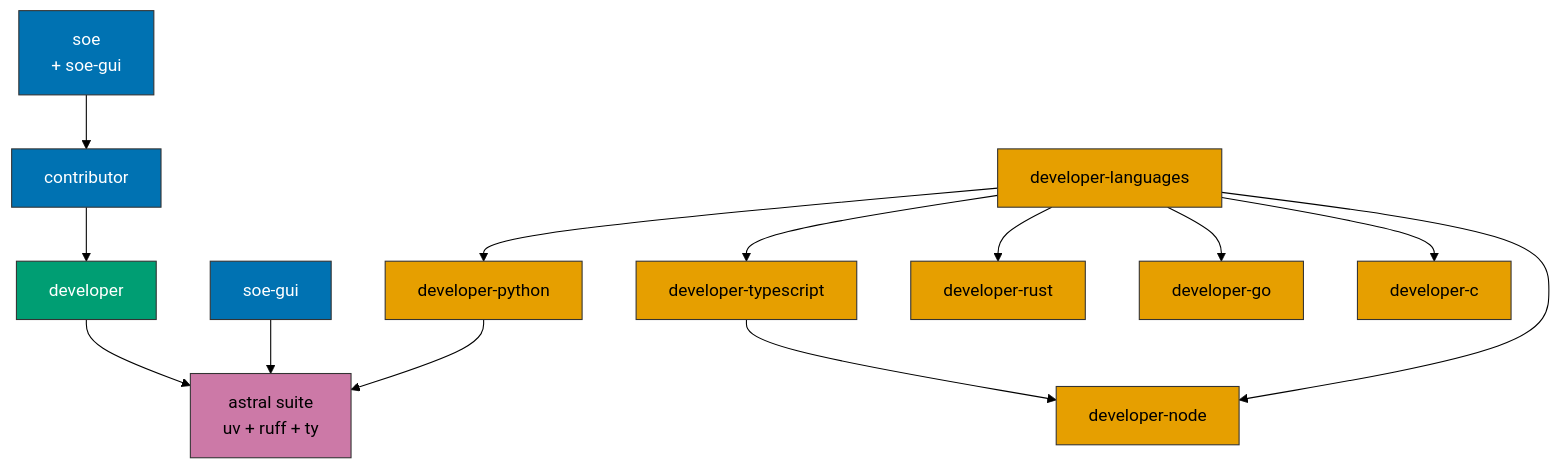
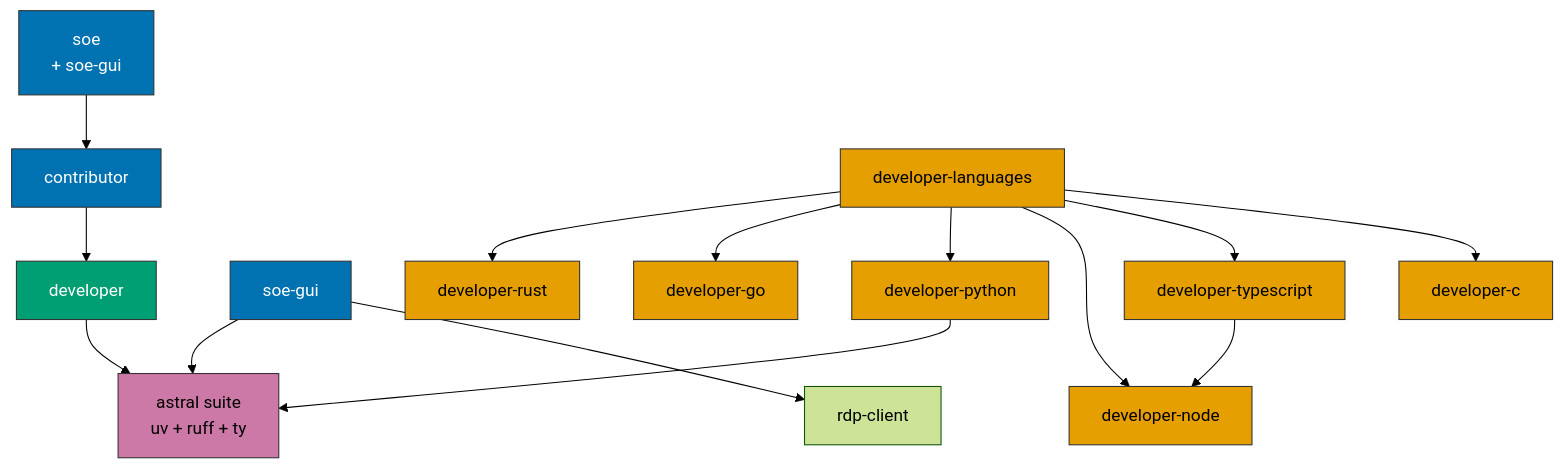
One commit to hyperi-io/hyperi-developer changed the second of 2 diagrams in docs/install-matrix.md. Above: the diagram before and after it, drawn with Mermaid (forest theme). The commit also changed other lines of this file and 51 other files, not shown here.

````diff
--- a/docs/install-matrix.md
+++ b/docs/install-matrix.md
@@ -65,24 +65,25 @@
 ```mermaid
 flowchart TD
     soe["soe<br/>+ soe-gui"] --> contributor
     contributor --> developer
     developer --> astral["astral suite<br/>uv + ruff + ty"]
     soegui["soe-gui"] --> astral
+    soegui --> rdpclient["rdp-client"]
     dpy["developer-python"] --> astral
     dts["developer-typescript"] --> dnode["developer-node"]
     dlang["developer-languages"] --> drust["developer-rust"]
     dlang --> dgo["developer-go"]
     dlang --> dpy
     dlang --> dnode
     dlang --> dts
     dlang --> dc["developer-c"]
 
     classDef org fill:#0072B2,color:#fff,stroke:#333
     classDef base fill:#009E73,color:#fff,stroke:#333
     classDef lang fill:#E69F00,color:#000,stroke:#333
     classDef dep fill:#CC79A7,color:#000,stroke:#333
     class soe,soegui,contributor org
     class developer base
     class drust,dgo,dpy,dnode,dts,dc,dlang lang
     class astral dep
 ```
````
